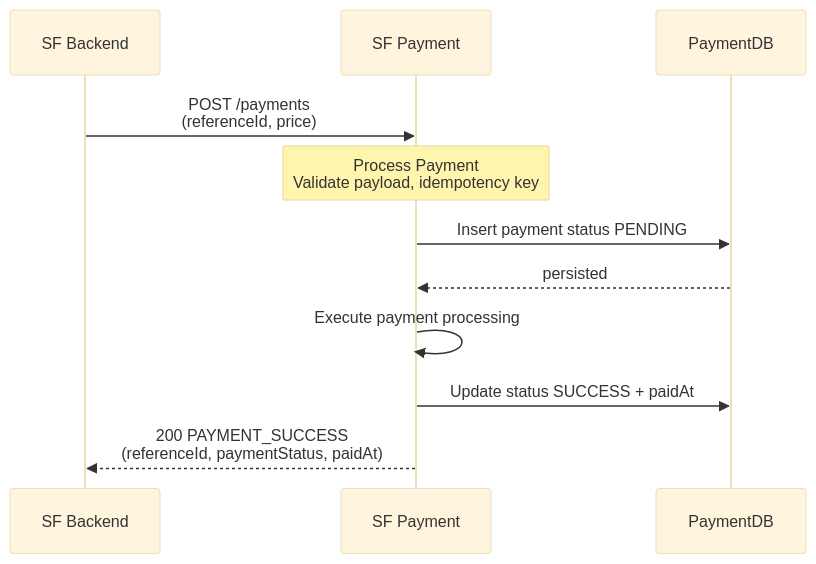
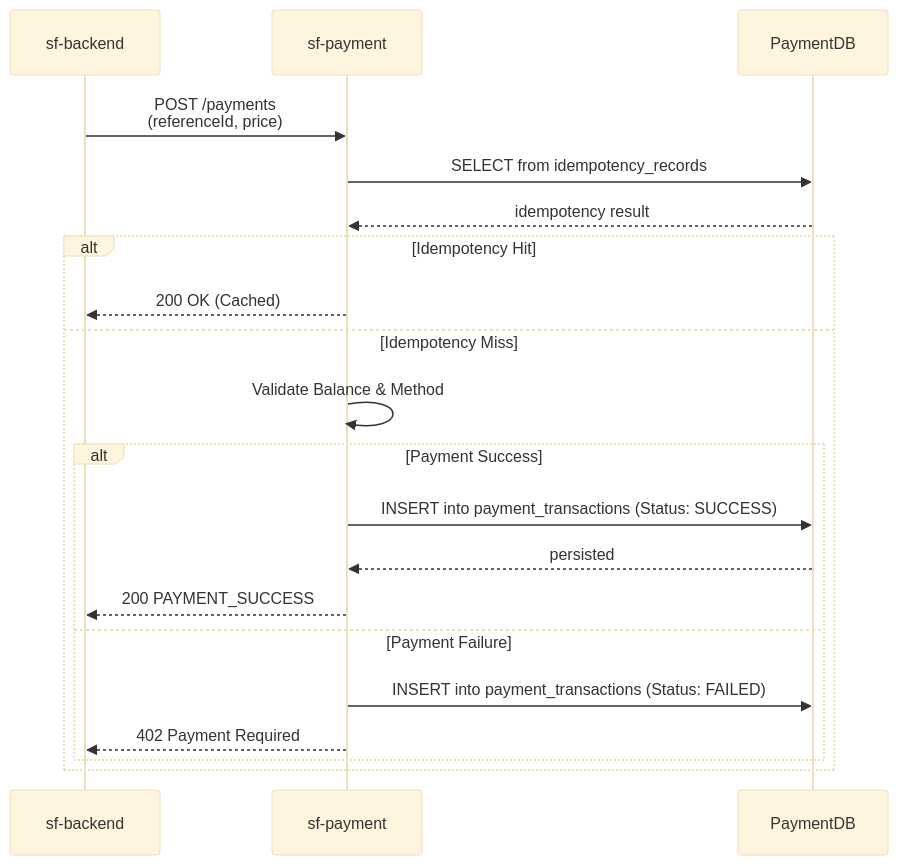
The first of 2 diagrams in api-contract/sf-payment/sequence.md (jafarrohmadi/xl-test), drawn with Mermaid (base theme) before and after one commit. The commit also changed other lines of this file and 3308 other files, not shown here.

First line of the commit message:
feat: implement complete microservices architecture with documentation

````diff
--- a/api-contract/sf-payment/sequence.md
+++ b/api-contract/sf-payment/sequence.md
@@ -5,14 +5,24 @@
 ```mermaid
 sequenceDiagram
-    participant SF as SF Backend
-    participant SFP as SF Payment
-    participant DB as PaymentDB
+    participant Backend as sf-backend
+    participant Payment as sf-payment
+    participant Database as PaymentDB
 
-    SF->>SFP: POST /payments<br/>(referenceId, price)
-    Note over SFP: Process Payment<br/>Validate payload, idempotency key
-    SFP->>DB: Insert payment status PENDING
-    DB-->>SFP: persisted
-    SFP->>SFP: Execute payment processing
-    SFP->>DB: Update status SUCCESS + paidAt
-    SFP-->>SF: 200 PAYMENT_SUCCESS<br/>(referenceId, paymentStatus, paidAt)
+    Backend->>Payment: POST /payments<br/>(referenceId, price)
+    Payment->>Database: SELECT from idempotency_records
+    Database-->>Payment: idempotency result
+    
+    alt Idempotency Hit
+        Payment-->>Backend: 200 OK (Cached)
+    else Idempotency Miss
+        Payment->>Payment: Validate Balance & Method
+        alt Payment Success
+            Payment->>Database: INSERT into payment_transactions (Status: SUCCESS)
+            Database-->>Payment: persisted
+            Payment-->>Backend: 200 PAYMENT_SUCCESS
+        else Payment Failure
+            Payment->>Database: INSERT into payment_transactions (Status: FAILED)
+            Payment-->>Backend: 402 Payment Required
+        end
+    end
 ```
````
